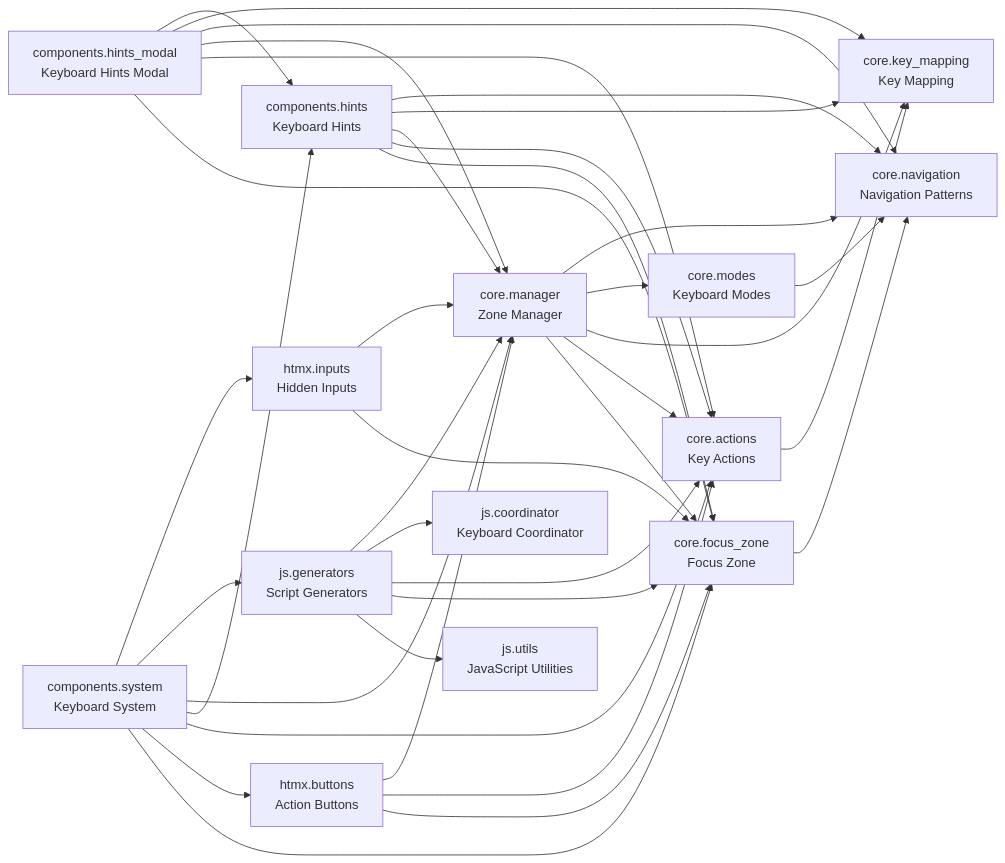
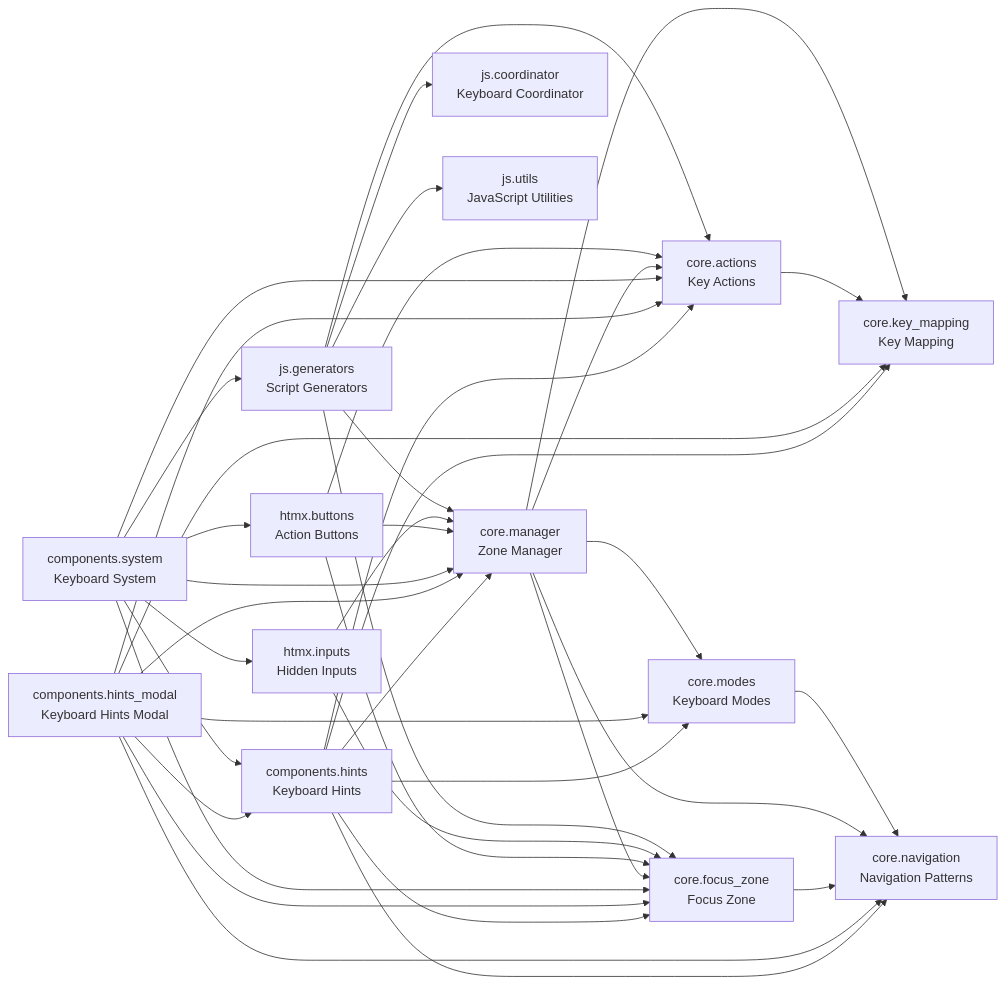
The diagram in README.md (cj-mills/cjm-fasthtml-keyboard-navigation), drawn with Mermaid before and after one commit. The commit also changed other lines of this file and 15 other files, not shown here.

Commit message:
Surface built-in hierarchy and mode-exit keys in the hints modal, and add a library-baked Enter/Space child-activation seam on FocusZone.

````diff
--- a/README.md
+++ b/README.md
@@ -38,54 +38,56 @@
 ``` mermaid
 graph LR
     components_hints[components.hints<br/>Keyboard Hints]
     components_hints_modal[components.hints_modal<br/>Keyboard Hints Modal]
     components_system[components.system<br/>Keyboard System]
     core_actions[core.actions<br/>Key Actions]
     core_focus_zone[core.focus_zone<br/>Focus Zone]
     core_key_mapping[core.key_mapping<br/>Key Mapping]
     core_manager[core.manager<br/>Zone Manager]
     core_modes[core.modes<br/>Keyboard Modes]
     core_navigation[core.navigation<br/>Navigation Patterns]
     htmx_buttons[htmx.buttons<br/>Action Buttons]
     htmx_inputs[htmx.inputs<br/>Hidden Inputs]
     js_coordinator[js.coordinator<br/>Keyboard Coordinator]
     js_generators[js.generators<br/>Script Generators]
     js_utils[js.utils<br/>JavaScript Utilities]
 
+    components_hints --> core_manager
+    components_hints --> core_key_mapping
+    components_hints --> core_focus_zone
+    components_hints --> core_modes
+    components_hints --> core_actions
     components_hints --> core_navigation
-    components_hints --> core_key_mapping
-    components_hints --> core_manager
-    components_hints --> core_actions
-    components_hints --> core_focus_zone
+    components_hints_modal --> core_manager
     components_hints_modal --> components_hints
+    components_hints_modal --> core_focus_zone
     components_hints_modal --> core_key_mapping
+    components_hints_modal --> core_actions
     components_hints_modal --> core_navigation
-    components_hints_modal --> core_manager
-    components_hints_modal --> core_actions
-    components_hints_modal --> core_focus_zone
+    components_hints_modal --> core_modes
+    components_system --> components_hints
     components_system --> htmx_inputs
+    components_system --> core_actions
+    components_system --> core_manager
+    components_system --> htmx_buttons
     components_system --> js_generators
-    components_system --> core_manager
-    components_system --> components_hints
-    components_system --> core_actions
-    components_system --> htmx_buttons
     components_system --> core_focus_zone
     core_actions --> core_key_mapping
     core_focus_zone --> core_navigation
+    core_manager --> core_actions
     core_manager --> core_navigation
+    core_manager --> core_key_mapping
+    core_manager --> core_focus_zone
     core_manager --> core_modes
-    core_manager --> core_key_mapping
-    core_manager --> core_actions
-    core_manager --> core_focus_zone
     core_modes --> core_navigation
+    htmx_buttons --> core_actions
     htmx_buttons --> core_manager
-    htmx_buttons --> core_actions
     htmx_buttons --> core_focus_zone
     htmx_inputs --> core_manager
     htmx_inputs --> core_focus_zone
+    js_generators --> js_utils
+    js_generators --> core_actions
+    js_generators --> js_coordinator
     js_generators --> core_manager
-    js_generators --> js_coordinator
-    js_generators --> core_actions
     js_generators --> core_focus_zone
-    js_generators --> js_utils
 ```
````
